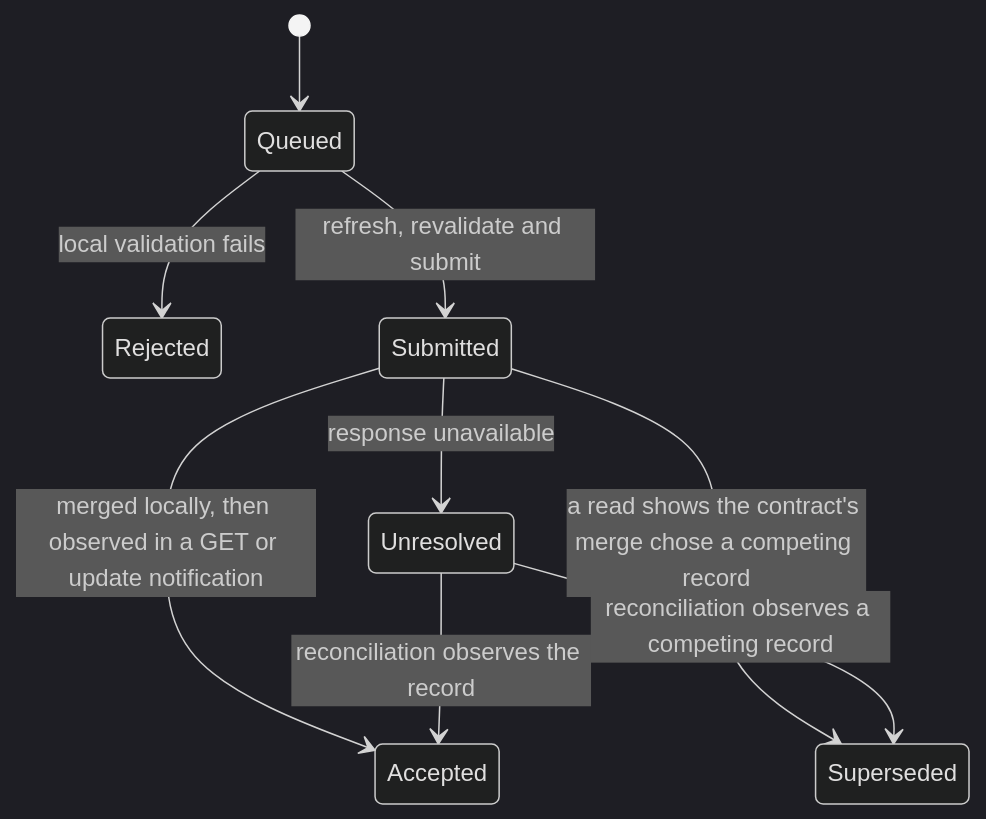
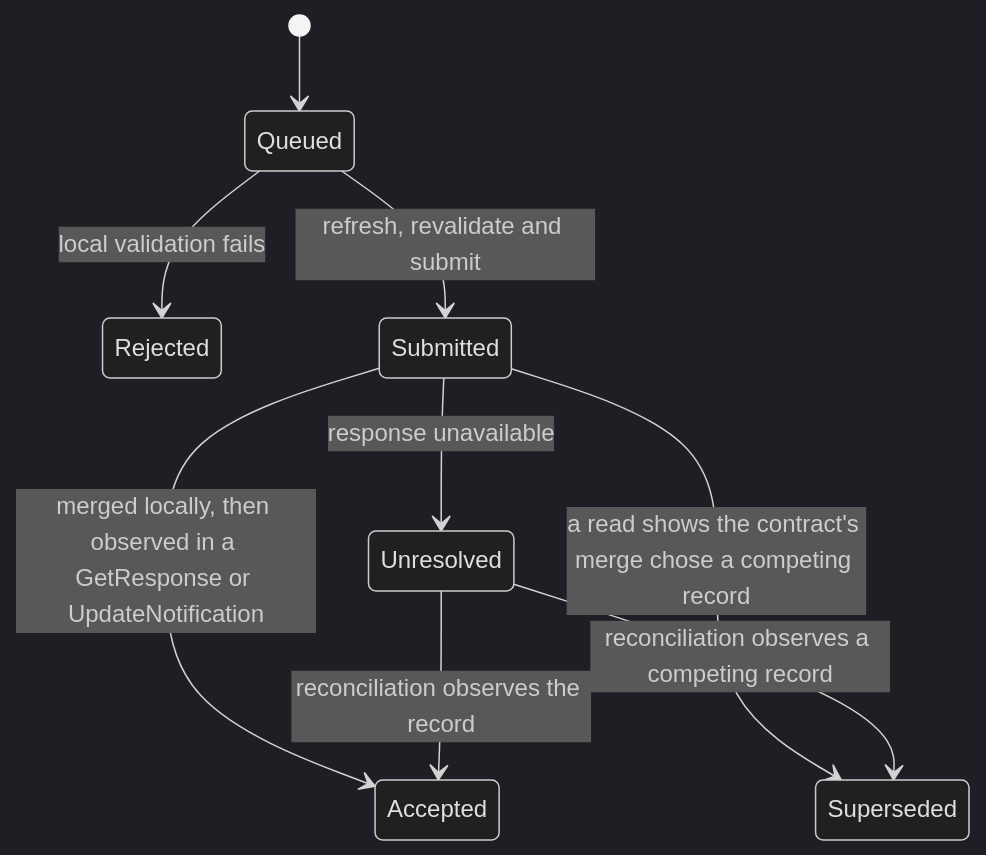
One commit to EVY-Platform/evy-freenet-plans changed the second of 2 diagrams in appkit/data-actions.md. Above: the diagram before and after it, drawn with Mermaid (dark theme). The commit also changed other lines of this file, not shown here.

````diff
--- a/appkit/data-actions.md
+++ b/appkit/data-actions.md
@@ -195,11 +199,11 @@
 ```mermaid
 stateDiagram-v2
     [*] --> Queued
     Queued --> Rejected: local validation fails
     Queued --> Submitted: refresh, revalidate and submit
-    Submitted --> Accepted: merged locally, then observed in a GET or update notification
+    Submitted --> Accepted: merged locally, then observed in a GetResponse or UpdateNotification
     Submitted --> Superseded: a read shows the contract's merge chose a competing record
     Submitted --> Unresolved: response unavailable
     Unresolved --> Accepted: reconciliation observes the record
     Unresolved --> Superseded: reconciliation observes a competing record
 ```
````
